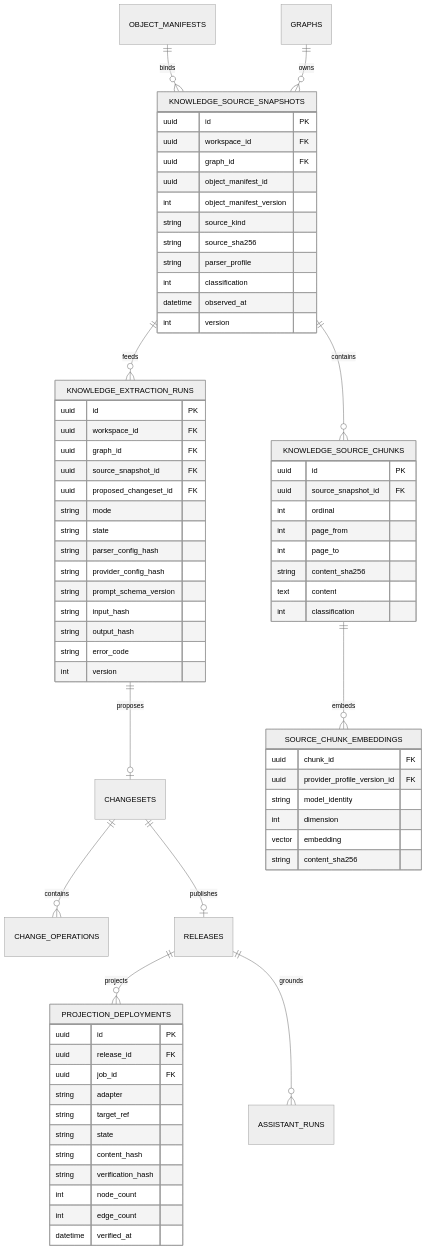
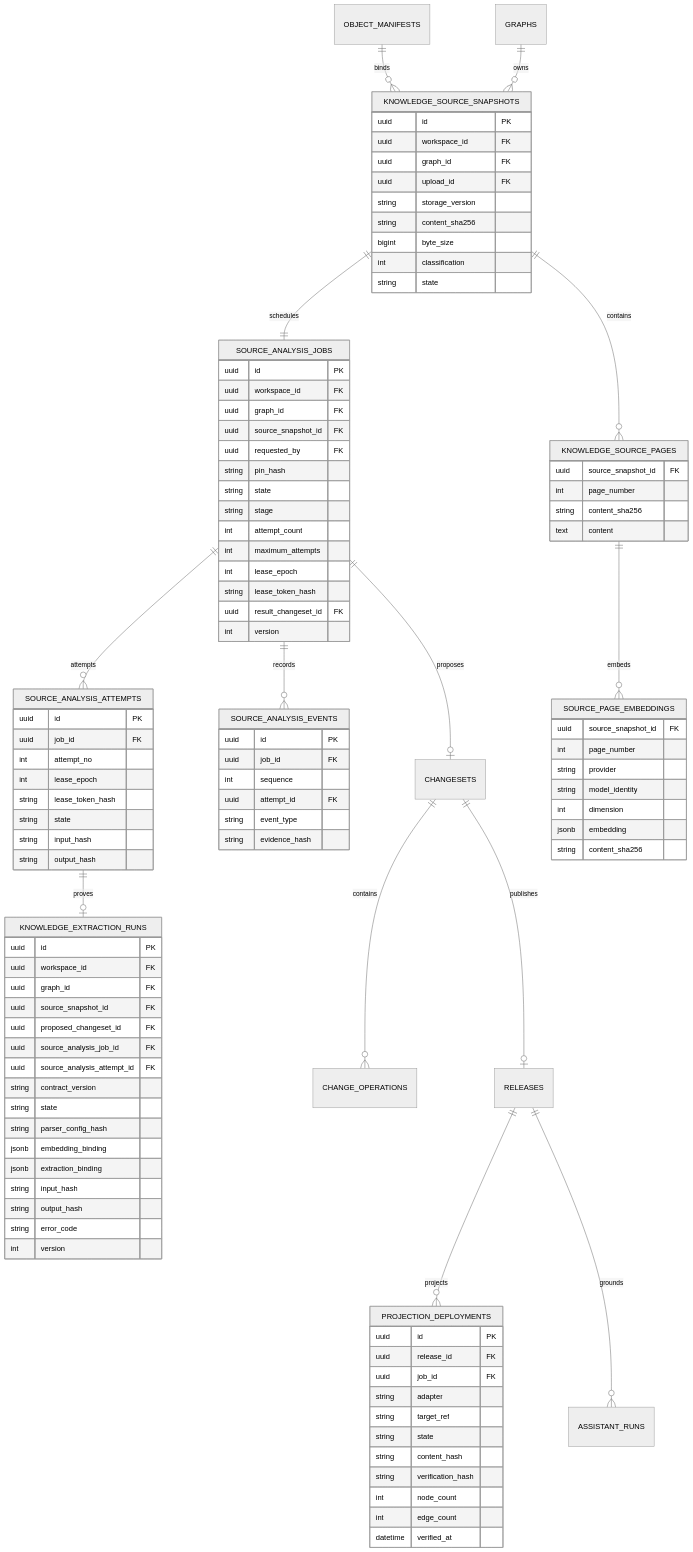
Before and after one commit to Ever-Real/datariver_poc_v0: the fourth of 5 diagrams in docs/usecases.md, drawn with Mermaid (neutral theme). The commit also changed other lines of this file and 82 other files, not shown here.

Commit message:
feat: add durable knowledge source analysis jobs

```diff
--- a/docs/usecases.md
+++ b/docs/usecases.md
@@ -623,44 +645,76 @@
 erDiagram
     OBJECT_MANIFESTS ||--o{ KNOWLEDGE_SOURCE_SNAPSHOTS : binds
     GRAPHS ||--o{ KNOWLEDGE_SOURCE_SNAPSHOTS : owns
-    KNOWLEDGE_SOURCE_SNAPSHOTS ||--o{ KNOWLEDGE_SOURCE_CHUNKS : contains
-    KNOWLEDGE_SOURCE_SNAPSHOTS ||--o{ KNOWLEDGE_EXTRACTION_RUNS : feeds
-    KNOWLEDGE_EXTRACTION_RUNS ||--o| CHANGESETS : proposes
+    KNOWLEDGE_SOURCE_SNAPSHOTS ||--|| SOURCE_ANALYSIS_JOBS : schedules
+    SOURCE_ANALYSIS_JOBS ||--o{ SOURCE_ANALYSIS_ATTEMPTS : attempts
+    SOURCE_ANALYSIS_JOBS ||--o{ SOURCE_ANALYSIS_EVENTS : records
+    KNOWLEDGE_SOURCE_SNAPSHOTS ||--o{ KNOWLEDGE_SOURCE_PAGES : contains
+    KNOWLEDGE_SOURCE_PAGES ||--o{ SOURCE_PAGE_EMBEDDINGS : embeds
+    SOURCE_ANALYSIS_JOBS ||--o| CHANGESETS : proposes
+    SOURCE_ANALYSIS_ATTEMPTS ||--o| KNOWLEDGE_EXTRACTION_RUNS : proves
     CHANGESETS ||--o{ CHANGE_OPERATIONS : contains
     CHANGESETS ||--o| RELEASES : publishes
     RELEASES ||--o{ PROJECTION_DEPLOYMENTS : projects
-    KNOWLEDGE_SOURCE_CHUNKS ||--o{ SOURCE_CHUNK_EMBEDDINGS : embeds
     RELEASES ||--o{ ASSISTANT_RUNS : grounds
 
     KNOWLEDGE_SOURCE_SNAPSHOTS {
         uuid id PK
         uuid workspace_id FK
         uuid graph_id FK
-        uuid object_manifest_id
-        int object_manifest_version
-        string source_kind
-        string source_sha256
-        string parser_profile
+        uuid upload_id FK
+        string storage_version
+        string content_sha256
+        bigint byte_size
         int classification
-        datetime observed_at
+        string state
+    }
+    SOURCE_ANALYSIS_JOBS {
+        uuid id PK
+        uuid workspace_id FK
+        uuid graph_id FK
+        uuid source_snapshot_id FK
+        uuid requested_by FK
+        string pin_hash
+        string state
+        string stage
+        int attempt_count
+        int maximum_attempts
+        int lease_epoch
+        string lease_token_hash
+        uuid result_changeset_id FK
         int version
     }
-    KNOWLEDGE_SOURCE_CHUNKS {
+    SOURCE_ANALYSIS_ATTEMPTS {
         uuid id PK
+        uuid job_id FK
+        int attempt_no
+        int lease_epoch
+        string lease_token_hash
+        string state
+        string input_hash
+        string output_hash
+    }
+    SOURCE_ANALYSIS_EVENTS {
+        uuid id PK
+        uuid job_id FK
+        int sequence
+        uuid attempt_id FK
+        string event_type
+        string evidence_hash
+    }
+    KNOWLEDGE_SOURCE_PAGES {
         uuid source_snapshot_id FK
-        int ordinal
-        int page_from
-        int page_to
+        int page_number
         string content_sha256
         text content
-        int classification
     }
-    SOURCE_CHUNK_EMBEDDINGS {
-        uuid chunk_id FK
-        uuid provider_profile_version_id FK
+    SOURCE_PAGE_EMBEDDINGS {
+        uuid source_snapshot_id FK
+        int page_number
+        string provider
         string model_identity
         int dimension
-        vector embedding
+        jsonb embedding
         string content_sha256
     }
     KNOWLEDGE_EXTRACTION_RUNS {
@@ -669,11 +723,13 @@
         uuid graph_id FK
         uuid source_snapshot_id FK
         uuid proposed_changeset_id FK
-        string mode
+        uuid source_analysis_job_id FK
+        uuid source_analysis_attempt_id FK
+        string contract_version
         string state
         string parser_config_hash
-        string provider_config_hash
-        string prompt_schema_version
+        jsonb embedding_binding
+        jsonb extraction_binding
         string input_hash
         string output_hash
         string error_code
```
